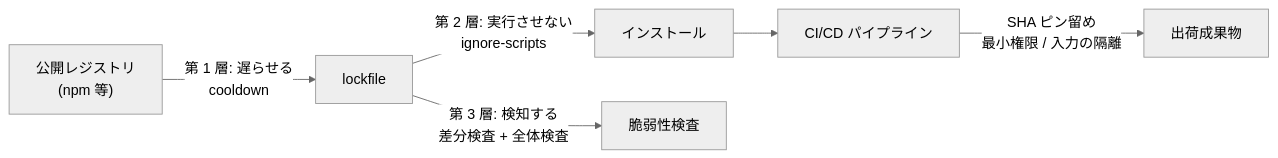
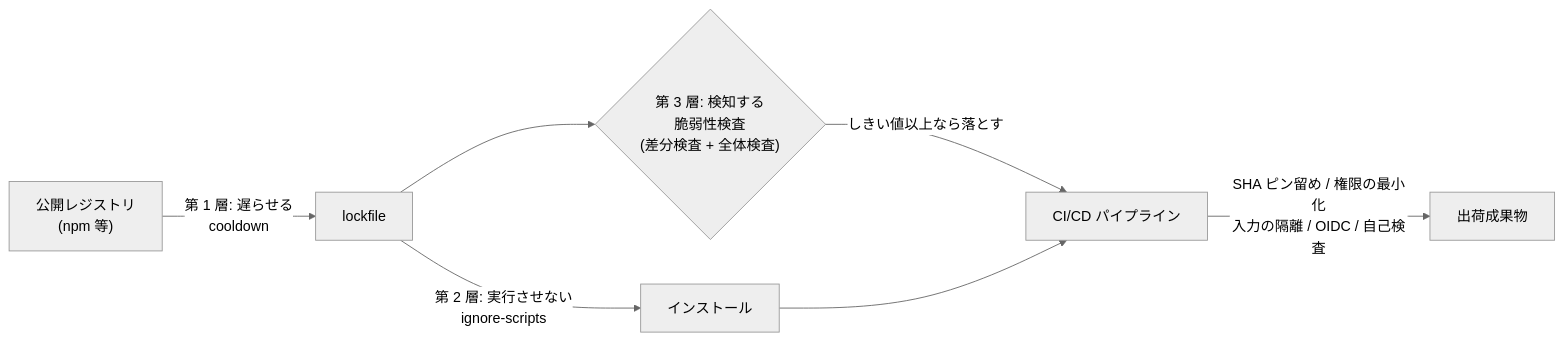
One commit to ykgw-daiki-nakamura/nakamura-git-tutorial changed the diagram in docs/standards/supply-chain.md. Above: the diagram before and after it, drawn with Mermaid (neutral theme). The commit also changed other lines of this file, not shown here.

Commit message:
docs(standards): 要点のパイプライン防御を網羅し図の検知層を CI に接続する

````diff
--- a/docs/standards/supply-chain.md
+++ b/docs/standards/supply-chain.md
@@ -21,8 +21,9 @@
 ```mermaid
 flowchart LR
   REG["公開レジストリ<br/>(npm 等)"] -->|"第 1 層: 遅らせる<br/>cooldown"| LOCK["lockfile"]
   LOCK -->|"第 2 層: 実行させない<br/>ignore-scripts"| INST["インストール"]
-  LOCK -->|"第 3 層: 検知する<br/>差分検査 + 全体検査"| SCAN["脆弱性検査"]
+  LOCK --> SCAN{"第 3 層: 検知する<br/>脆弱性検査<br/>(差分検査 + 全体検査)"}
+  SCAN -->|"しきい値以上なら落とす"| CI
   INST --> CI["CI/CD パイプライン"]
-  CI -->|"SHA ピン留め<br/>最小権限 / 入力の隔離"| ART["出荷成果物"]
+  CI -->|"SHA ピン留め / 権限の最小化<br/>入力の隔離 / OIDC / 自己検査"| ART["出荷成果物"]
 ```
````
